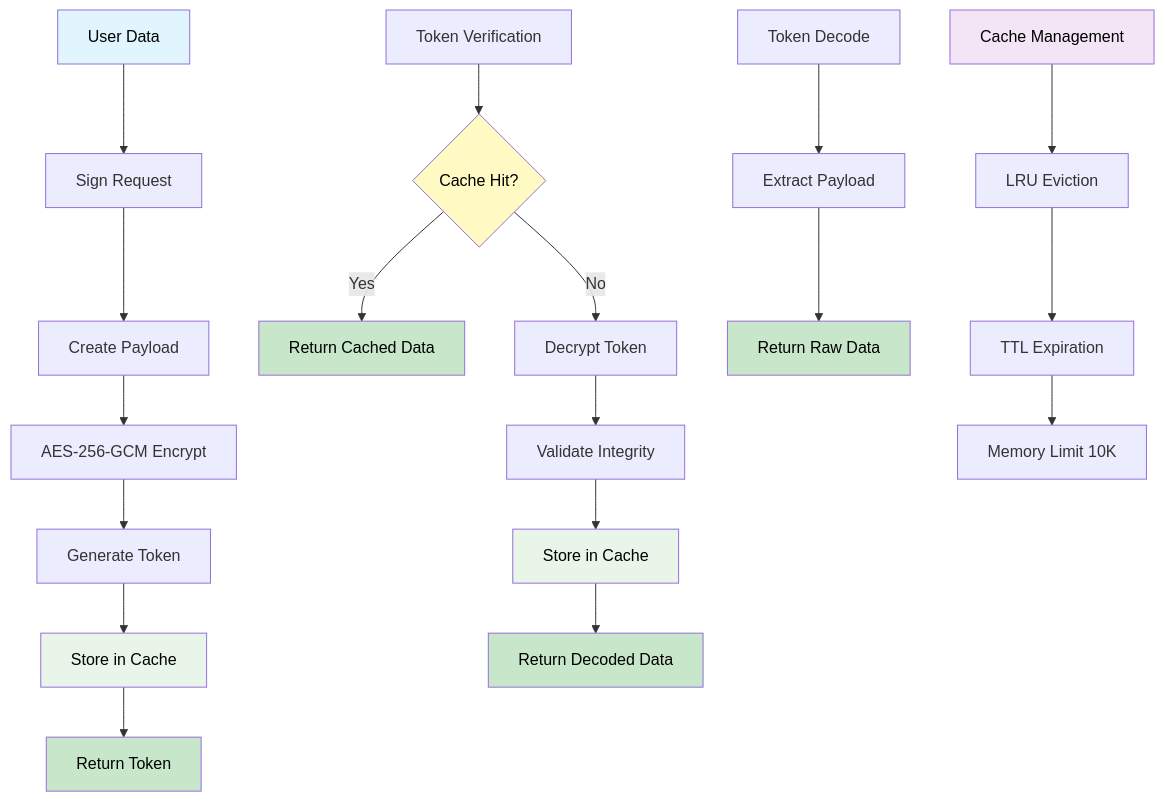
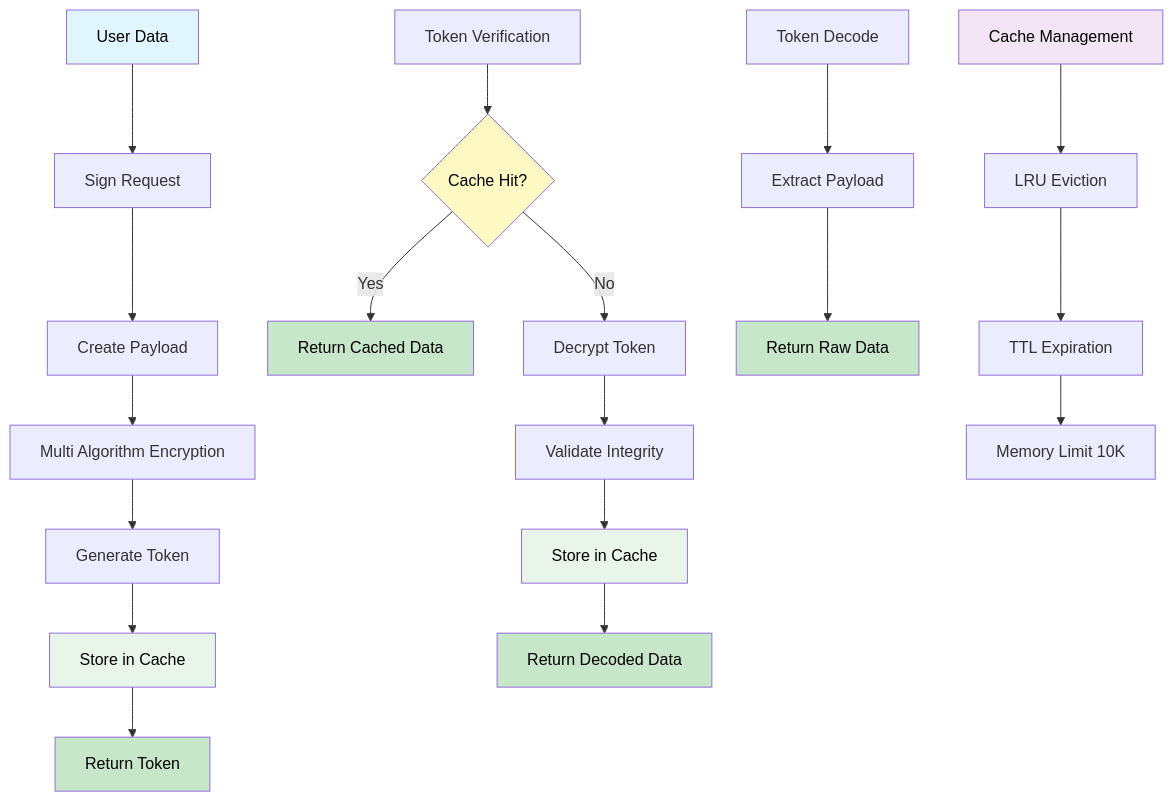
Before and after one commit to NeaByteLab/Secure-JWT: the first of 3 diagrams in README.md, drawn with Mermaid. The commit also changed other lines of this file, not shown here.

Commit message:
docs(readme): update mermaid diagrams for multi-algorithm support :art:

````diff
--- a/README.md
+++ b/README.md
@@ -226,33 +226,33 @@
 ```mermaid
 graph TD
     A[User Data] --> B[Sign Request]
     B --> C[Create Payload]
-    C --> D[AES-256-GCM Encrypt]
+    C --> D[Multi Algorithm Encryption]
     D --> E[Generate Token]
     E --> F[Store in Cache]
     F --> G[Return Token]
     
     H[Token Verification] --> I{Cache Hit?}
     I -->|Yes| J[Return Cached Data]
     I -->|No| K[Decrypt Token]
     K --> L[Validate Integrity]
     L --> M[Store in Cache]
     M --> N[Return Decoded Data]
     
     O[Token Decode] --> P[Extract Payload]
     P --> Q[Return Raw Data]
     
     R[Cache Management] --> S[LRU Eviction]
     S --> T[TTL Expiration]
     T --> U[Memory Limit 10K]
     
     style A fill:#e1f5fe,color:#000
     style G fill:#c8e6c9,color:#000
     style J fill:#c8e6c9,color:#000
     style N fill:#c8e6c9,color:#000
     style Q fill:#c8e6c9,color:#000
     style I fill:#fff9c4,color:#000
     style F fill:#e8f5e8,color:#000
     style M fill:#e8f5e8,color:#000
     style R fill:#f3e5f5,color:#000
 ```
````
